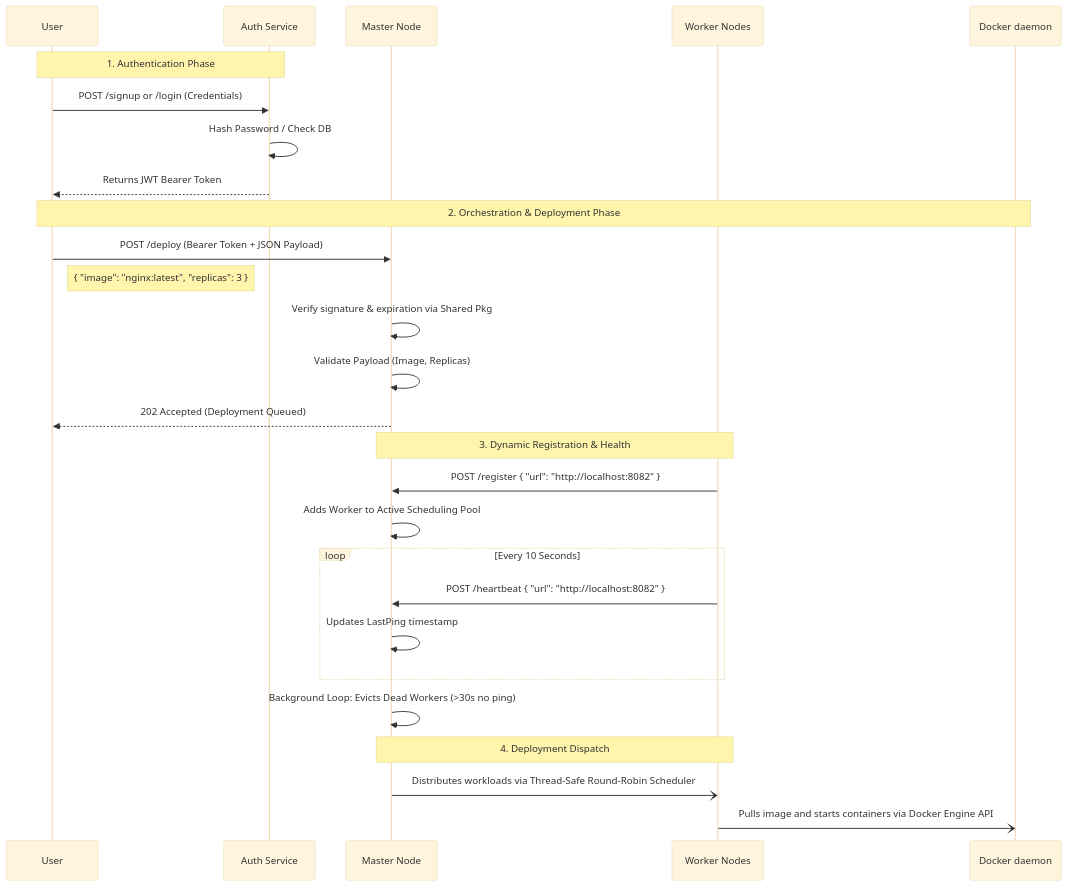
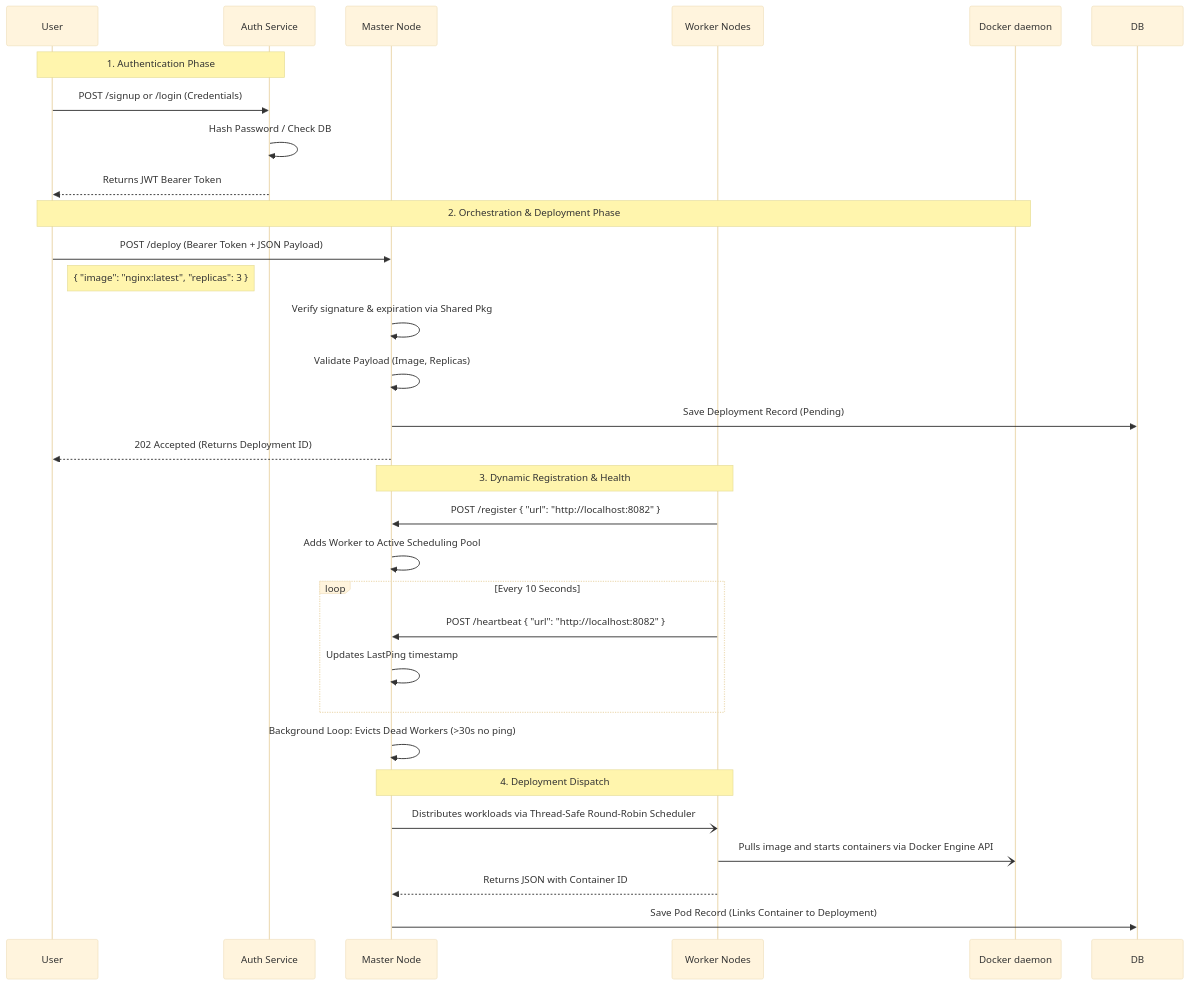
Before and after one commit to Surajit09636/mini-kn8s: the diagram in README.md, drawn with Mermaid (base theme). The commit also changed other lines of this file and 8 other files, not shown here.

````diff
--- a/README.md
+++ b/README.md
@@ -9,33 +9,36 @@
 ```mermaid
 sequenceDiagram
     participant User
     participant Auth as Auth Service
     participant Master as Master Node
     participant Worker as Worker Nodes
     participant Docker as Docker daemon
 
     Note over User,Auth: 1. Authentication Phase
     User->>Auth: POST /signup or /login (Credentials)
     Auth->>Auth: Hash Password / Check DB
     Auth-->>User: Returns JWT Bearer Token
 
     Note over User,Docker: 2. Orchestration & Deployment Phase
     User->>Master: POST /deploy (Bearer Token + JSON Payload)
     note right of User: { "image": "nginx:latest", "replicas": 3 }
 
     Master->>Master: Verify signature & expiration via Shared Pkg
     Master->>Master: Validate Payload (Image, Replicas)
-    Master-->>User: 202 Accepted (Deployment Queued)
+    Master->>DB: Save Deployment Record (Pending)
+    Master-->>User: 202 Accepted (Returns Deployment ID)
     Note over Master,Worker: 3. Dynamic Registration & Health
     Worker->>Master: POST /register { "url": "http://localhost:8082" }
     Master->>Master: Adds Worker to Active Scheduling Pool
     loop Every 10 Seconds
         Worker->>Master: POST /heartbeat { "url": "http://localhost:8082" }
         Master->>Master: Updates LastPing timestamp
     end
     Master->>Master: Background Loop: Evicts Dead Workers (>30s no ping)
 
     Note over Master,Worker: 4. Deployment Dispatch
     Master-)Worker: Distributes workloads via Thread-Safe Round-Robin Scheduler
     Worker-)Docker: Pulls image and starts containers via Docker Engine API
+    Worker-->>Master: Returns JSON with Container ID
+    Master->>DB: Save Pod Record (Links Container to Deployment)
 ```
````
